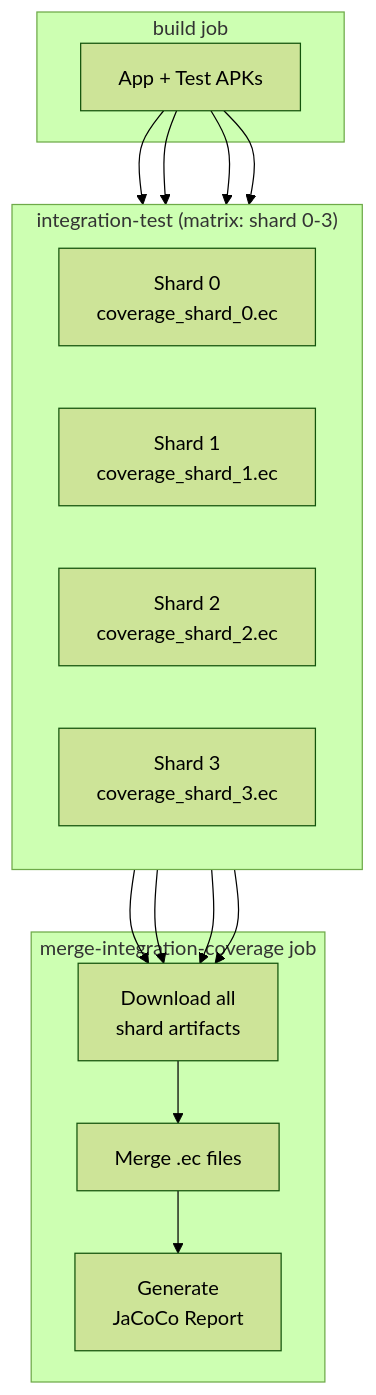
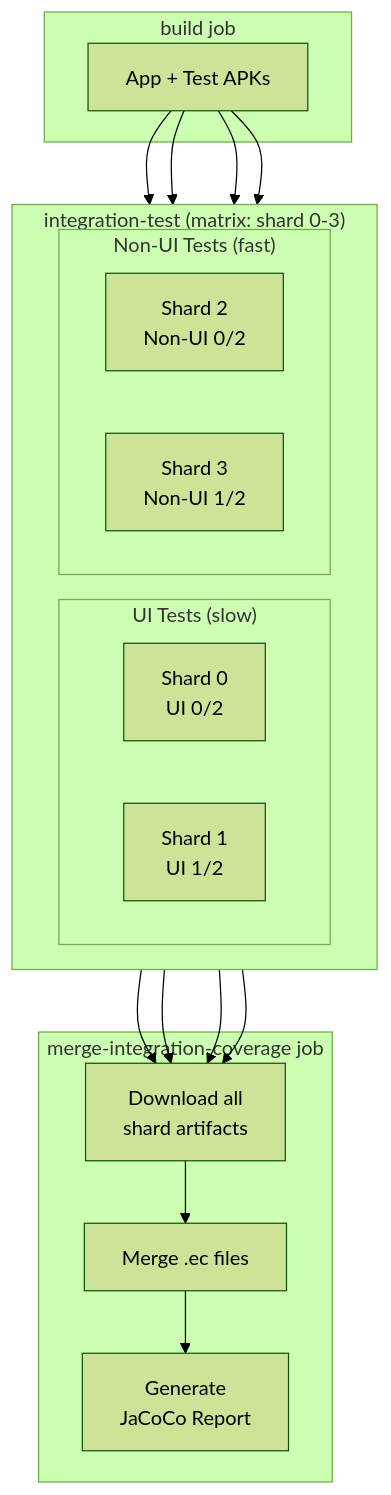
One commit to williscool/CalendarNotification changed the diagram in docs/test_sharding.md. Above: the diagram before and after it, drawn with Mermaid (forest theme). The commit also changed other lines of this file and 1 other file, not shown here.

````diff
--- a/docs/test_sharding.md
+++ b/docs/test_sharding.md
@@ -11,24 +24,28 @@
 ```mermaid
 flowchart TB
     subgraph BuildJob["build job"]
         APK["App + Test APKs"]
     end
     
     subgraph ParallelShards["integration-test (matrix: shard 0-3)"]
         direction LR
-        S0["Shard 0<br/>coverage_shard_0.ec"]
-        S1["Shard 1<br/>coverage_shard_1.ec"]
-        S2["Shard 2<br/>coverage_shard_2.ec"]
-        S3["Shard 3<br/>coverage_shard_3.ec"]
+        subgraph UIShards["UI Tests (slow)"]
+            S0["Shard 0<br/>UI 0/2"]
+            S1["Shard 1<br/>UI 1/2"]
+        end
+        subgraph NonUIShards["Non-UI Tests (fast)"]
+            S2["Shard 2<br/>Non-UI 0/2"]
+            S3["Shard 3<br/>Non-UI 1/2"]
+        end
     end
     
     subgraph MergeJob["merge-integration-coverage job"]
         Download["Download all<br/>shard artifacts"]
         Merge["Merge .ec files"]
         JaCoCo["Generate<br/>JaCoCo Report"]
         Download --> Merge --> JaCoCo
     end
     
     APK --> S0 & S1 & S2 & S3
     S0 & S1 & S2 & S3 --> Download
 ```
````
